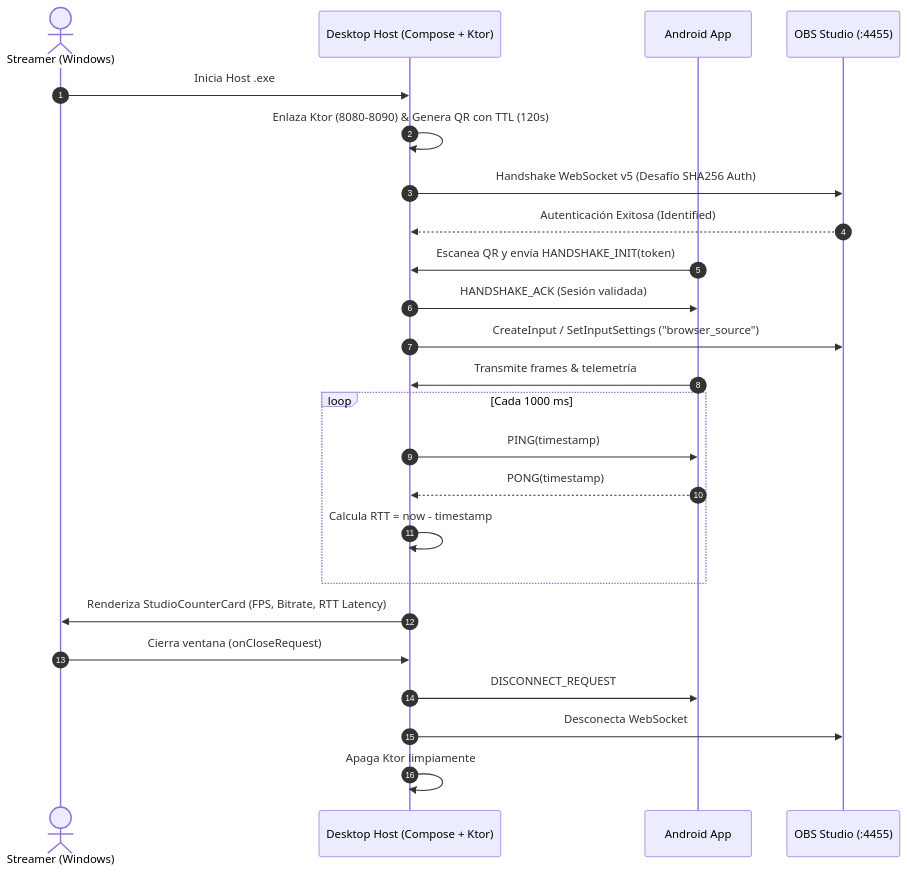
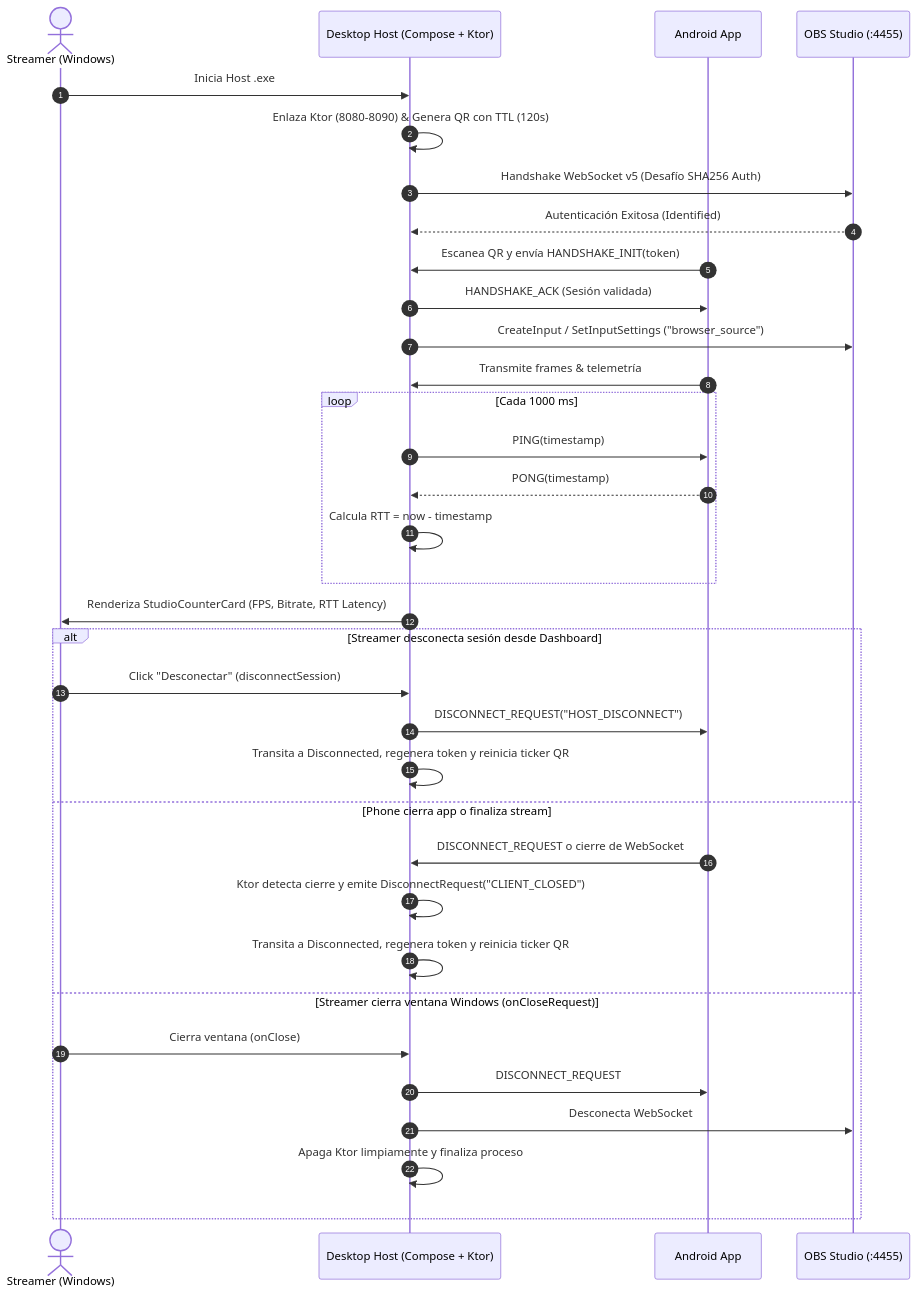
One commit to dhbernardo/virtual-studio-companion changed the diagram in specs/003-desktop-windows-host/plan.md. Above: the diagram before and after it, drawn with Mermaid. The commit also changed 6 other files, not shown here.

````diff
--- a/specs/003-desktop-windows-host/plan.md
+++ b/specs/003-desktop-windows-host/plan.md
@@ -28,27 +28,37 @@
 ```mermaid
 sequenceDiagram
     autonumber
     actor Streamer as Streamer (Windows)
     participant Host as Desktop Host (Compose + Ktor)
     participant Phone as Android App
     participant OBS as OBS Studio (:4455)
 
     Streamer->>Host: Inicia Host .exe
     Host->>Host: Enlaza Ktor (8080-8090) & Genera QR con TTL (120s)
     Host->>OBS: Handshake WebSocket v5 (Desafío SHA256 Auth)
     OBS-->>Host: Autenticación Exitosa (Identified)
     Phone->>Host: Escanea QR y envía HANDSHAKE_INIT(token)
     Host->>Phone: HANDSHAKE_ACK (Sesión validada)
     Host->>OBS: CreateInput / SetInputSettings ("browser_source")
     Phone->>Host: Transmite frames & telemetría
     loop Cada 1000 ms
         Host->>Phone: PING(timestamp)
         Phone-->>Host: PONG(timestamp)
         Host->>Host: Calcula RTT = now - timestamp
     end
     Host->>Streamer: Renderiza StudioCounterCard (FPS, Bitrate, RTT Latency)
-    Streamer->>Host: Cierra ventana (onCloseRequest)
-    Host->>Phone: DISCONNECT_REQUEST
-    Host->>OBS: Desconecta WebSocket
-    Host->>Host: Apaga Ktor limpiamente
+    alt Streamer desconecta sesión desde Dashboard
+        Streamer->>Host: Click "Desconectar" (disconnectSession)
+        Host->>Phone: DISCONNECT_REQUEST("HOST_DISCONNECT")
+        Host->>Host: Transita a Disconnected, regenera token y reinicia ticker QR
+    else Phone cierra app o finaliza stream
+        Phone->>Host: DISCONNECT_REQUEST o cierre de WebSocket
+        Host->>Host: Ktor detecta cierre y emite DisconnectRequest("CLIENT_CLOSED")
+        Host->>Host: Transita a Disconnected, regenera token y reinicia ticker QR
+    else Streamer cierra ventana Windows (onCloseRequest)
+        Streamer->>Host: Cierra ventana (onClose)
+        Host->>Phone: DISCONNECT_REQUEST
+        Host->>OBS: Desconecta WebSocket
+        Host->>Host: Apaga Ktor limpiamente y finaliza proceso
+    end
 ```
````
